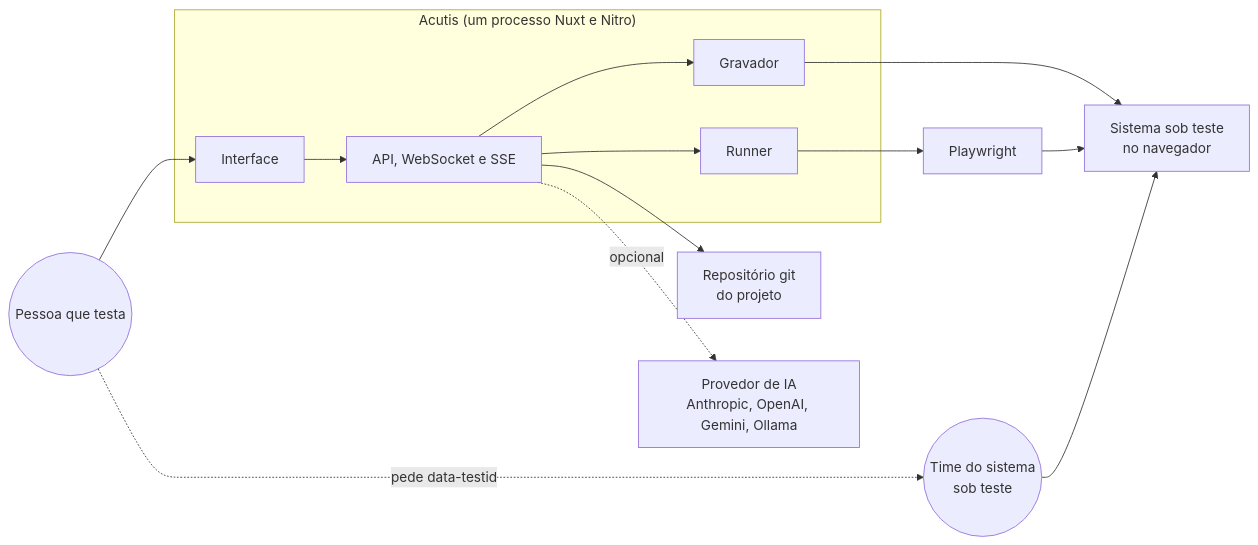
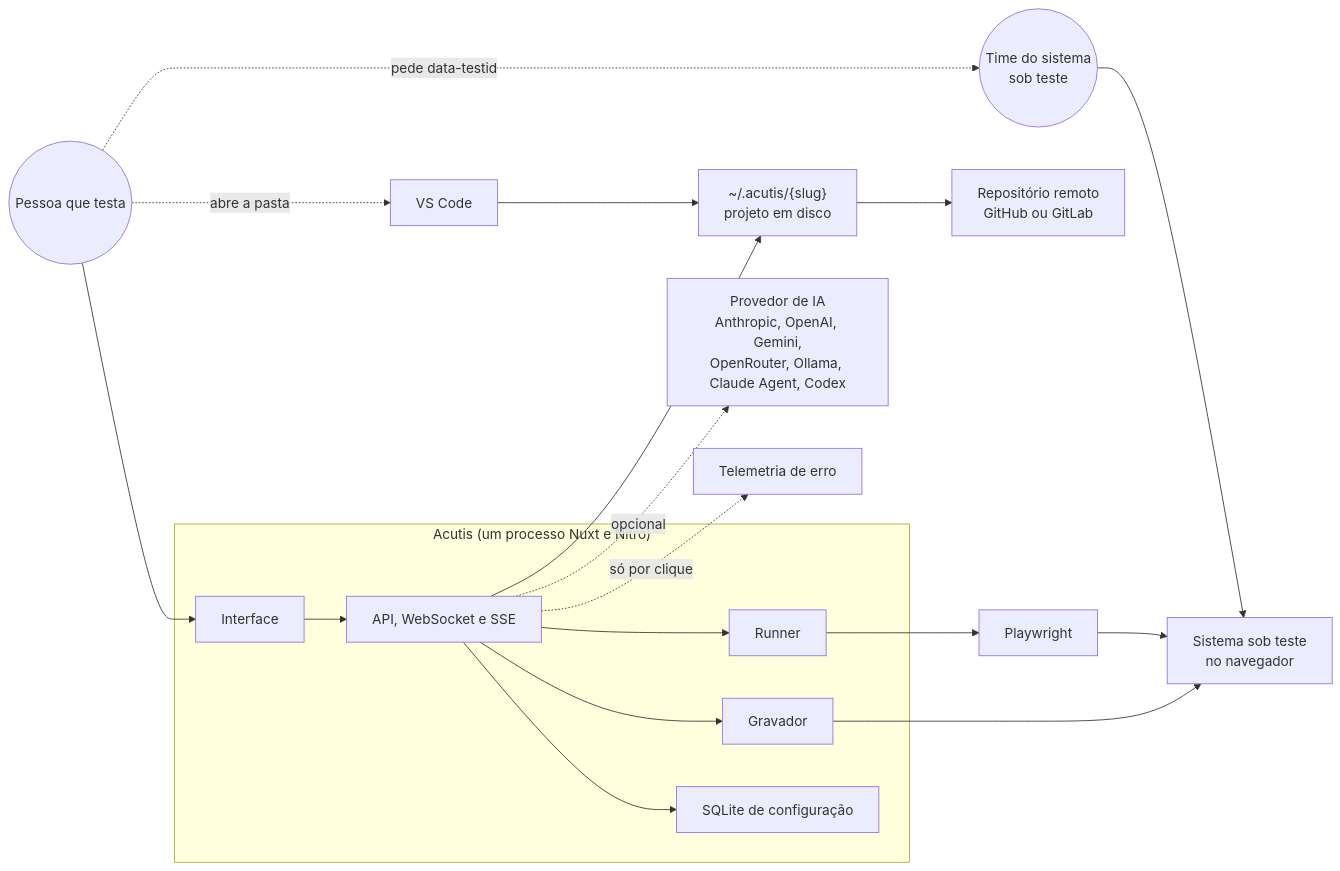
The first of 15 diagrams in docs/DIAGRAMS/USE-CASE-DIAGRAMS.md (KauanCalheiro/acutis), drawn with Mermaid before and after one commit. The commit also changed other lines of this file and 7 other files, not shown here.

````diff
--- a/docs/DIAGRAMS/USE-CASE-DIAGRAMS.md
+++ b/docs/DIAGRAMS/USE-CASE-DIAGRAMS.md
@@ -22,24 +27,32 @@
 ```mermaid
 flowchart LR
   Pessoa(("Pessoa que testa"))
   Time(("Time do sistema<br/>sob teste"))
 
   subgraph Acutis["Acutis (um processo Nuxt e Nitro)"]
     UI["Interface"]
     API["API, WebSocket e SSE"]
     REC["Gravador"]
     RUN["Runner"]
+    DB["SQLite de configuração"]
   end
 
   SUT["Sistema sob teste<br/>no navegador"]
-  GIT["Repositório git<br/>do projeto"]
-  IA["Provedor de IA<br/>Anthropic, OpenAI, Gemini, Ollama"]
+  FS["~/.acutis/{slug}<br/>projeto em disco"]
+  GIT["Repositório remoto<br/>GitHub ou GitLab"]
+  IA["Provedor de IA<br/>Anthropic, OpenAI, Gemini,<br/>OpenRouter, Ollama, Claude Agent, Codex"]
   PW["Playwright"]
+  VS["VS Code"]
+  TEL["Telemetria de erro"]
 
   Pessoa --> UI --> API
   API --> REC --> SUT
   API --> RUN --> PW --> SUT
-  API --> GIT
+  API --> FS
+  API --> DB
+  FS --> GIT
   API -.->|opcional| IA
+  API -.->|só por clique| TEL
+  Pessoa -.->|abre a pasta| VS --> FS
   Pessoa -.->|pede data-testid| Time --> SUT
 ```
````
